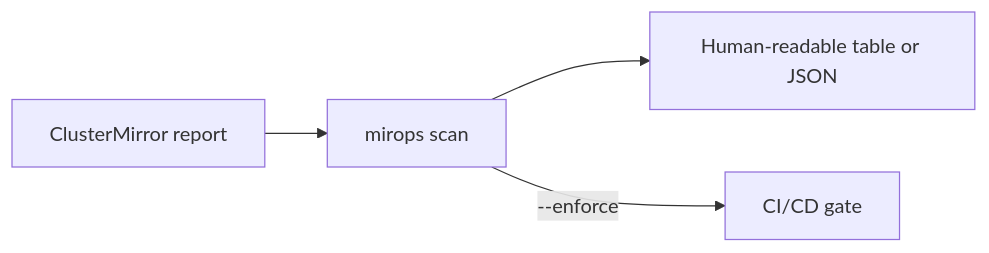
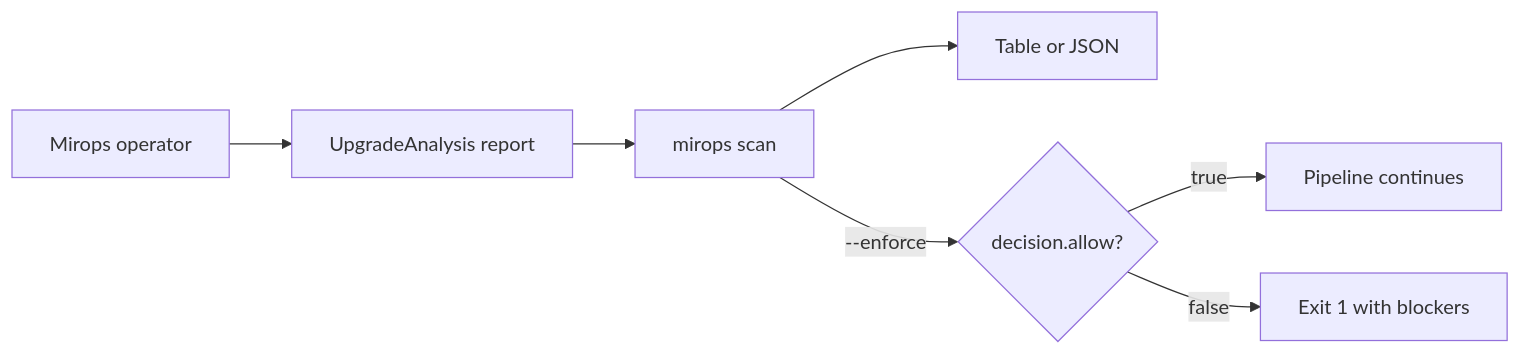
The diagram in README.md (miropshq/mirops-cli), drawn with Mermaid before and after one commit. The commit also changed other lines of this file, not shown here.

Commit message:
docs: clarify CLI flags and decision enforcement

````diff
--- a/README.md
+++ b/README.md
@@ -5,6 +7,9 @@
 ```mermaid
 flowchart LR
-  M[ClusterMirror report] --> S[mirops scan]
-  S --> H[Human-readable table or JSON]
-  S -->|--enforce| G[CI/CD gate]
+  O[Mirops operator] --> R[UpgradeAnalysis report]
+  R --> C[mirops scan]
+  C --> T[Table or JSON]
+  C -->|--enforce| G{decision.allow?}
+  G -->|true| P[Pipeline continues]
+  G -->|false| B[Exit 1 with blockers]
 ```
````
